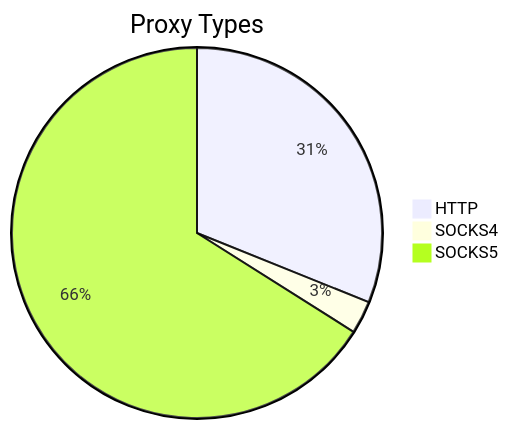
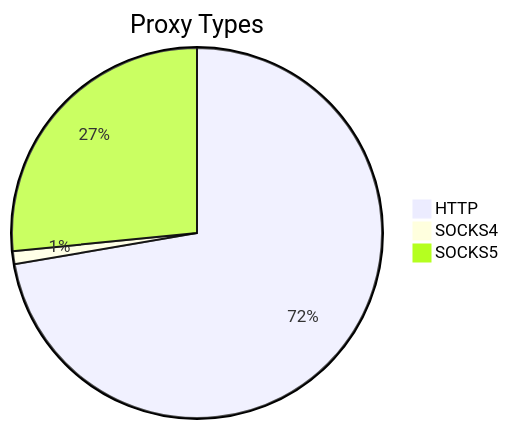
Before and after one commit to stormsia/proxy-list: the first of 2 diagrams in README.md, drawn with Mermaid. The commit also changed other lines of this file, not shown here.

````diff
--- a/README.md
+++ b/README.md
@@ -21,6 +21,6 @@
 ```mermaid
 pie title Proxy Types
-    "HTTP" : 769
-    "SOCKS4" : 71
-    "SOCKS5" : 1633
+    "HTTP" : 1551
+    "SOCKS4" : 24
+    "SOCKS5" : 570
 ```
````
